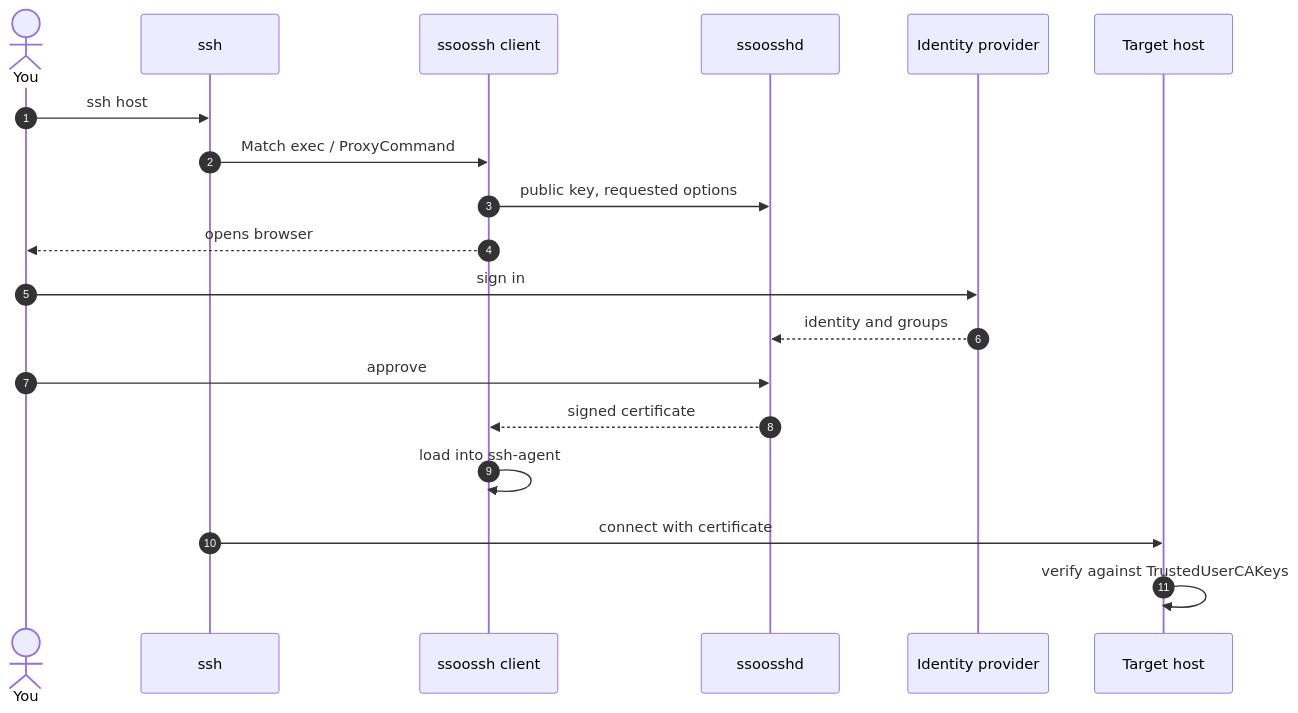
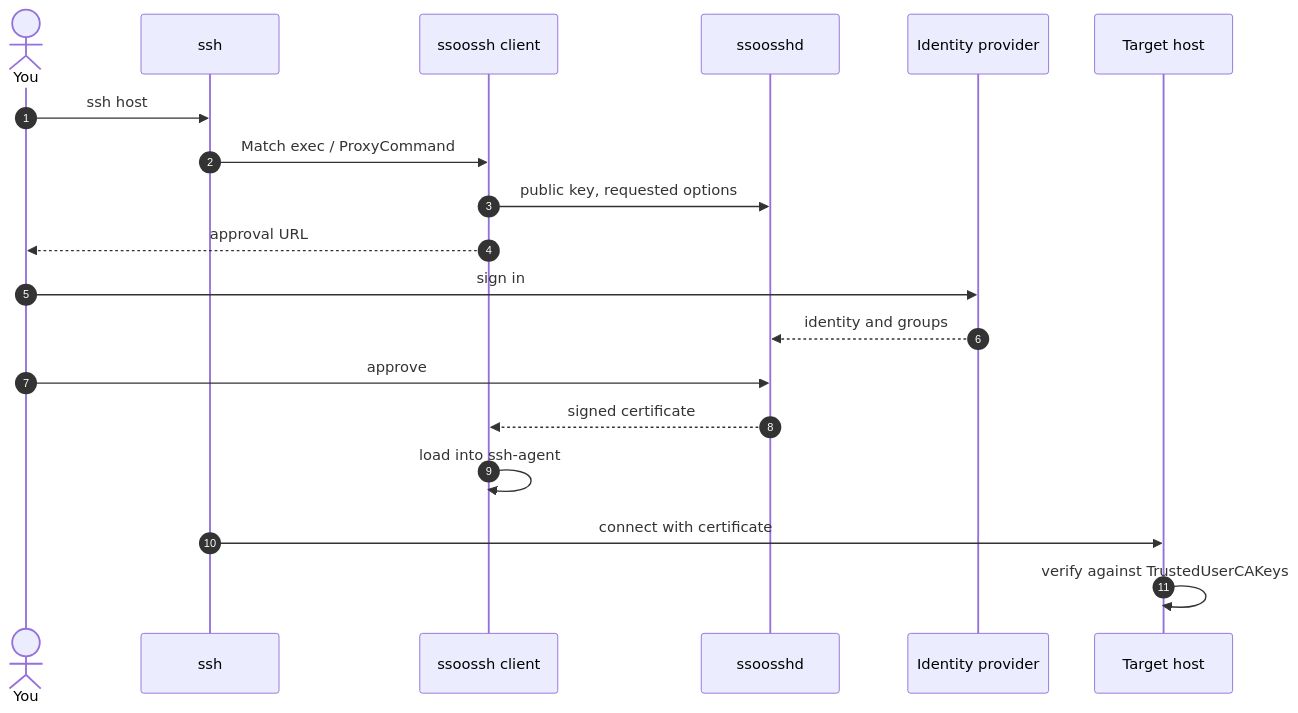
One commit to mnestor/ssoossh changed the diagram in user-docs/src/content/docs/index.mdx. Above: the diagram before and after it, drawn with Mermaid. The commit also changed 15 other files, not shown here.

````diff
--- a/user-docs/src/content/docs/index.mdx
+++ b/user-docs/src/content/docs/index.mdx
@@ -85,32 +85,32 @@
 ```mermaid
 sequenceDiagram
     accTitle: The shape of a certificate login
     accDescr {
       The user runs ssh to a host. Through Match exec or ProxyCommand, ssh
       invokes the ssoossh client, which sends its public key and requested
-      options to ssoosshd and opens a browser. The user signs in at the
+      options to ssoosshd and prints an approval URL. The user opens it, signs in at the
       identity provider, which returns their identity and groups, and
       approves. ssoosshd returns a signed certificate; the client loads it
       into ssh-agent; ssh connects to the target host, which verifies the
       certificate against TrustedUserCAKeys.
     }
     autonumber
     actor U as You
     participant S as ssh
     participant C as ssoossh client
     participant D as ssoosshd
     participant I as Identity provider
     participant H as Target host
 
     U->>S: ssh host
     S->>C: Match exec / ProxyCommand
     C->>D: public key, requested options
-    C-->>U: opens browser
+    C-->>U: approval URL
     U->>I: sign in
     I-->>D: identity and groups
     U->>D: approve
     D-->>C: signed certificate
     C->>C: load into ssh-agent
     S->>H: connect with certificate
     H->>H: verify against TrustedUserCAKeys
 ```
````
